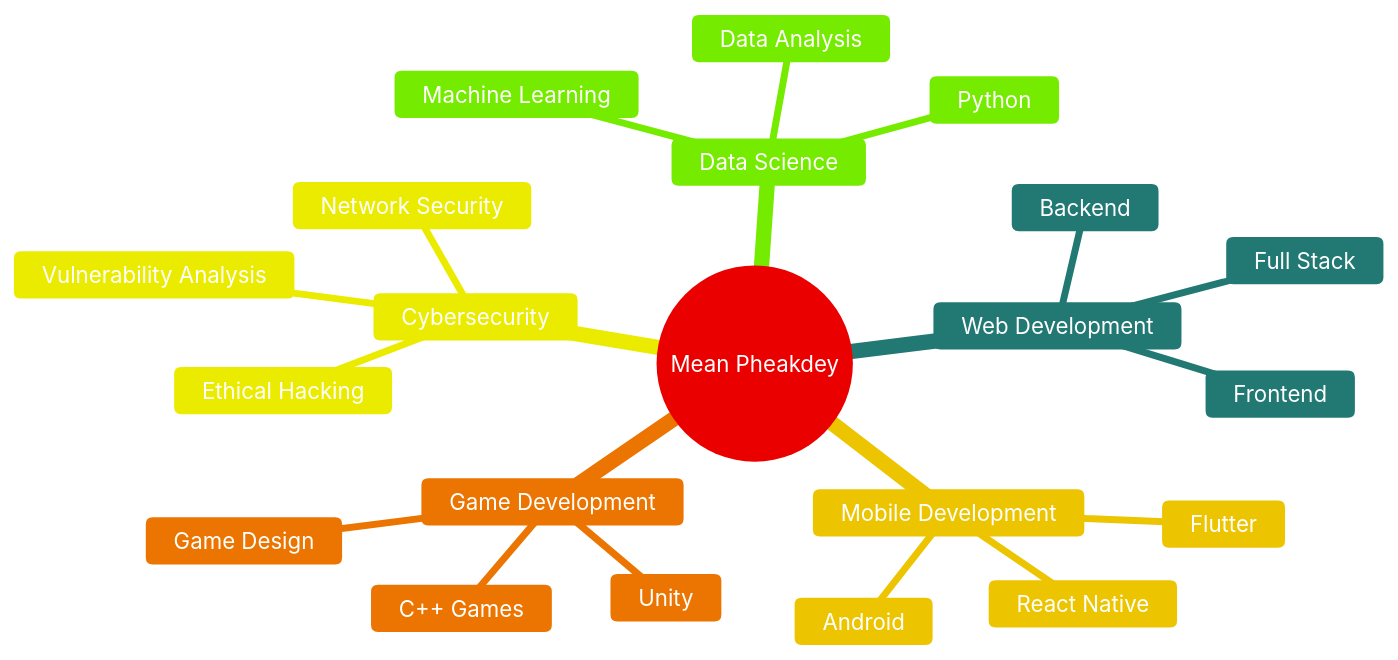
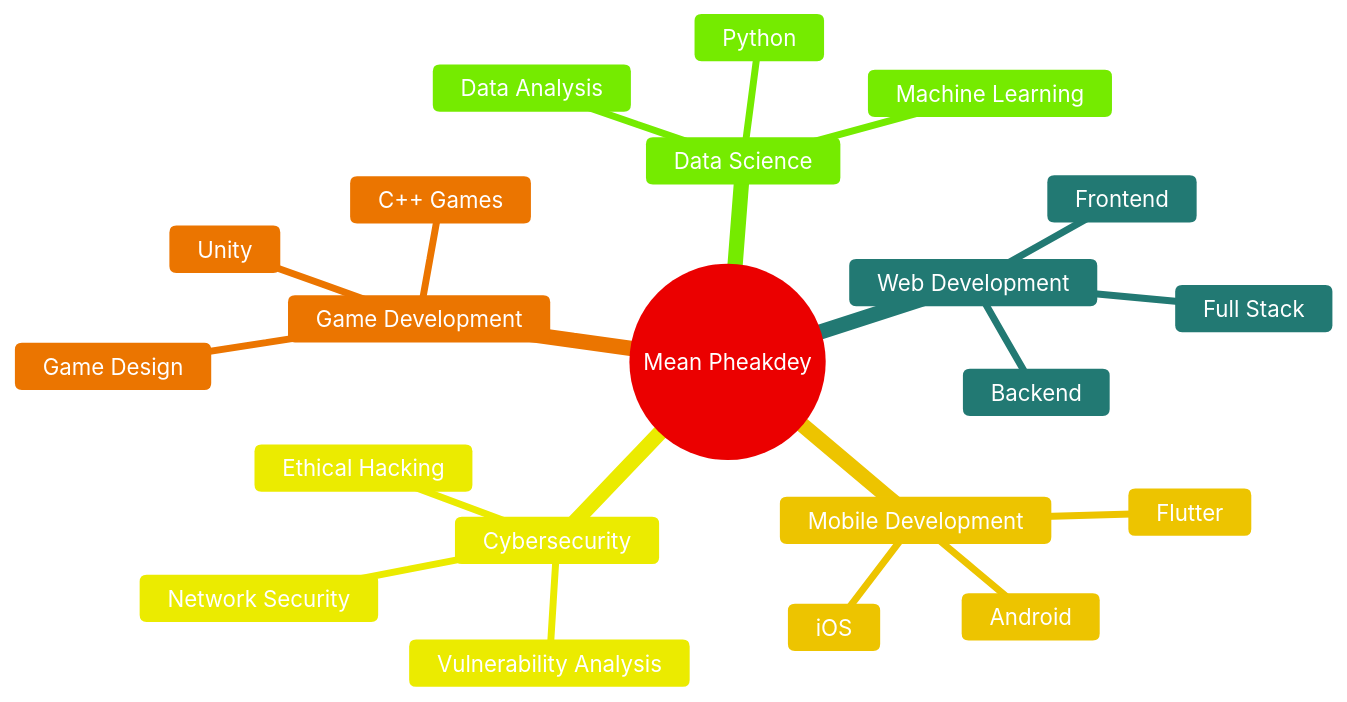
Before and after one commit to itskdey/itskdey: the diagram in README.md, drawn with Mermaid. The commit also changed other lines of this file, not shown here.

````diff
--- a/README.md
+++ b/README.md
@@ -225,25 +225,25 @@
 ```mermaid
 %%{init: {'theme':'base', 'themeVariables': { 'primaryColor':'#ff6b6b', 'primaryTextColor':'#fff', 'primaryBorderColor':'#ee5a6f', 'lineColor':'#4ecdc4', 'secondaryColor':'#4ecdc4', 'tertiaryColor':'#ffe66d', 'background':'#1a1a2e', 'mainBkg':'#ff6b6b', 'secondBkg':'#4ecdc4', 'tertiaryBkg':'#95e1d3', 'textColor':'#f8f9fa'}}}%%
 mindmap
   root((Mean Pheakdey))
     Web Development
       Frontend
       Backend
       Full Stack
     Mobile Development
       Flutter
-      React Native
       Android
+      iOS
     Game Development
       Unity
       Game Design
       C++ Games
     Cybersecurity
       Network Security
       Vulnerability Analysis
       Ethical Hacking
     Data Science
       Machine Learning
       Data Analysis
       Python
 ```
````
